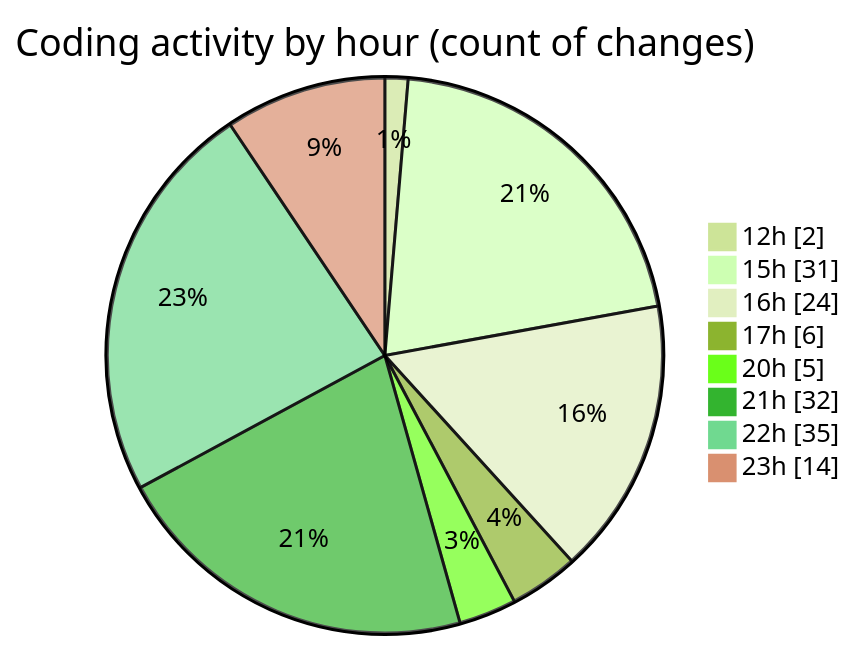
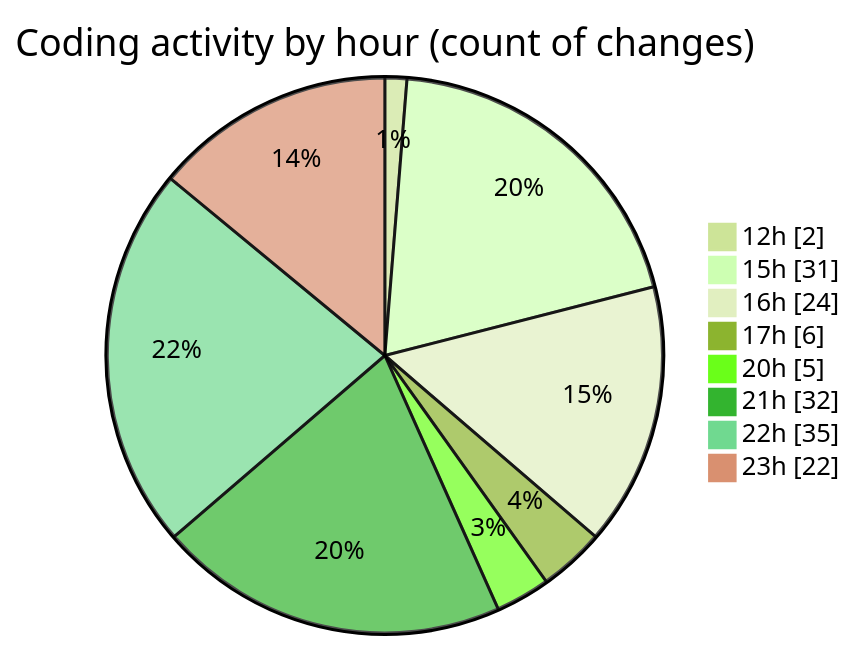
Before and after one commit to momahboobian/code-tracking: the second of 2 diagrams in 2025-02-26/cda/README.md, drawn with Mermaid (forest theme). The commit also changed other lines of this file and 1 other file, not shown here.

````diff
--- a/2025-02-26/cda/README.md
+++ b/2025-02-26/cda/README.md
@@ -48,12 +48,12 @@
 ```mermaid
 pie showData
 title Coding activity by hour (count of changes)
 "12h" : 2
 "15h" : 31
 "16h" : 24
 "17h" : 6
 "20h" : 5
 "21h" : 32
 "22h" : 35
-"23h" : 14
+"23h" : 22
 ```
````
